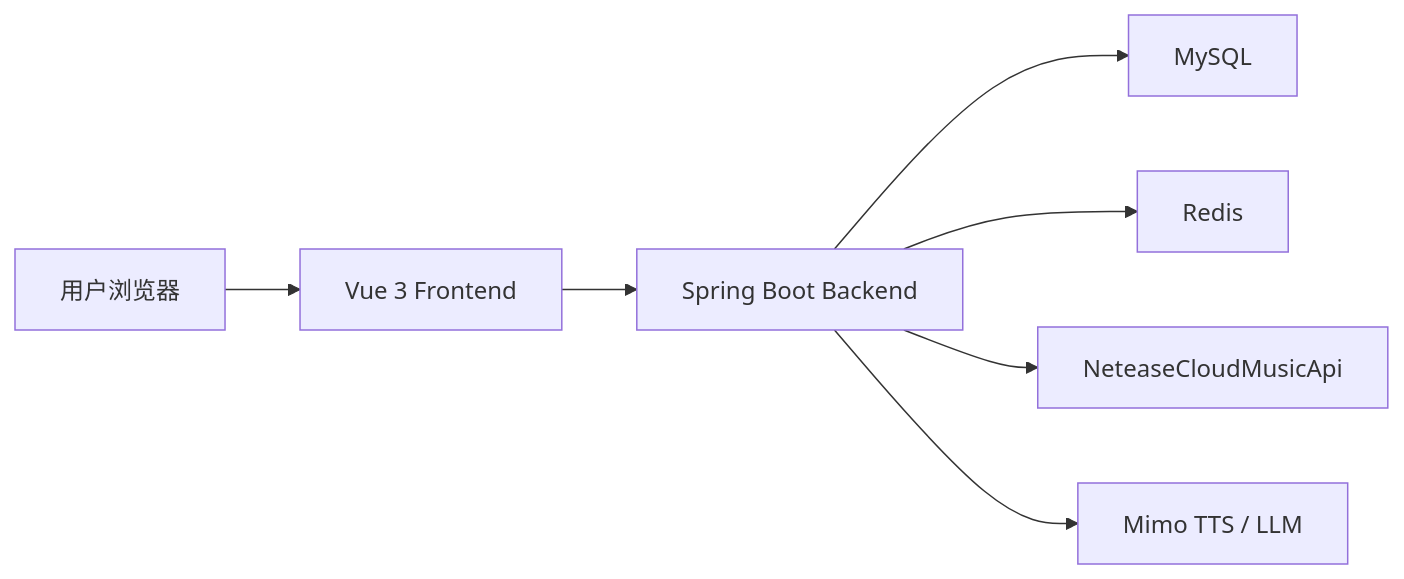
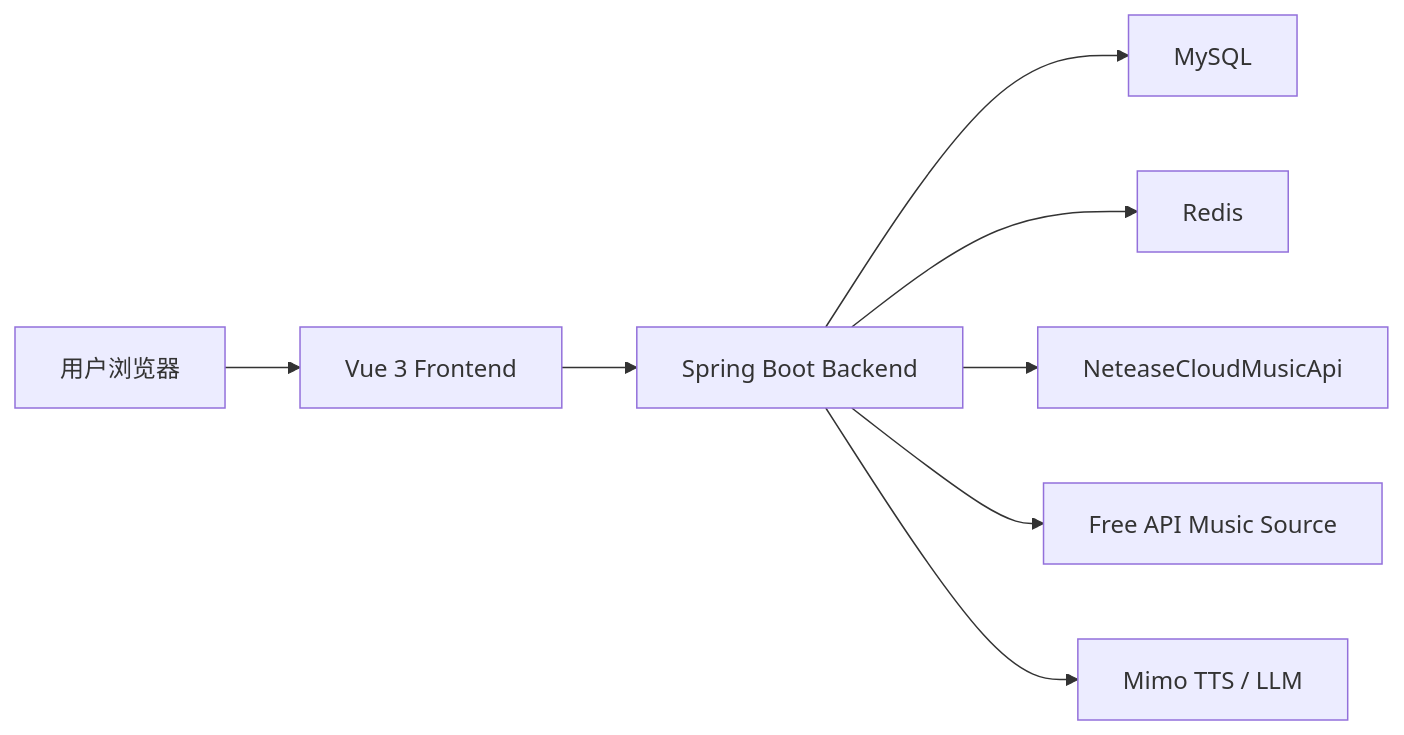
Before and after one commit to Xzavier-zjf/RabbitHole.fm: the diagram in README.md, drawn with Mermaid. The commit also changed other lines of this file, not shown here.

Commit message:
Update README for playback and source features

````diff
--- a/README.md
+++ b/README.md
@@ -73,9 +75,10 @@
 ```mermaid
 flowchart LR
     U["用户浏览器"] --> F["Vue 3 Frontend"]
     F --> B["Spring Boot Backend"]
     B --> M["MySQL"]
     B --> R["Redis"]
     B --> N["NeteaseCloudMusicApi"]
+    B --> A["Free API Music Source"]
     B --> X["Mimo TTS / LLM"]
 ```
````
